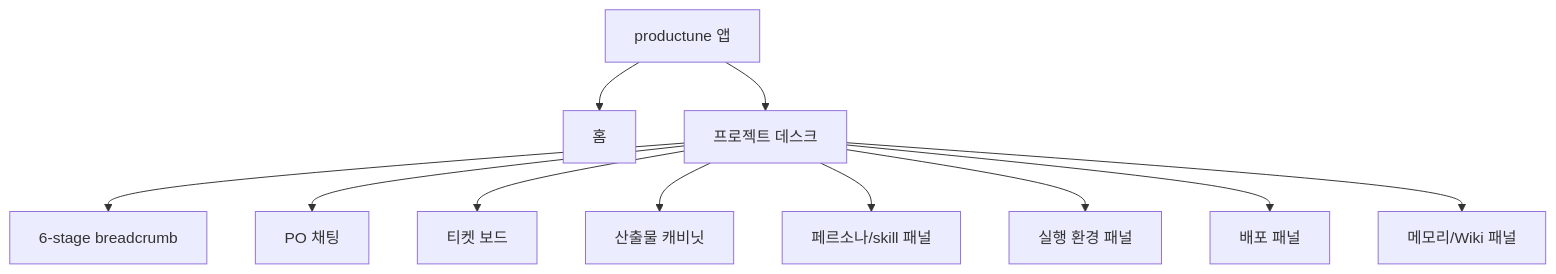
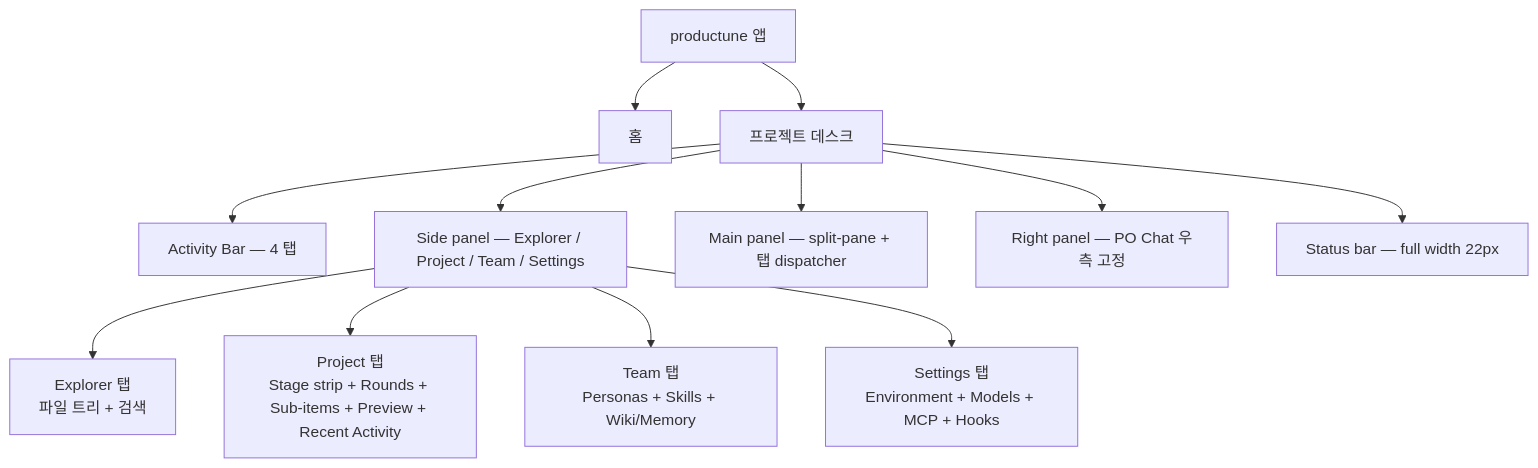
One commit to shawn-kim-axz/productune changed the fourth of 9 diagrams in docs/design/service-flow-and-screens.md. Above: the diagram before and after it, drawn with Mermaid. The commit also changed other lines of this file and 53 other files, not shown here.

````diff
--- a/docs/design/service-flow-and-screens.md
+++ b/docs/design/service-flow-and-screens.md
@@ -91,13 +92,14 @@
 ```mermaid
 flowchart TB
   App[productune 앱] --> Home[홈]
   App --> Desk[프로젝트 데스크]
-  Desk --> Stage[6-stage breadcrumb]
-  Desk --> Chat[PO 채팅]
-  Desk --> Board[티켓 보드]
-  Desk --> Cabinet[산출물 캐비닛]
-  Desk --> Persona[페르소나/skill 패널]
-  Desk --> Env[실행 환경 패널]
-  Desk --> Deploy[배포 패널]
-  Desk --> Memory[메모리/Wiki 패널]
+  Desk --> ActBar[Activity Bar — 4 탭]
+  Desk --> SidePanel[Side panel — Explorer / Project / Team / Settings]
+  Desk --> Main[Main panel — split-pane + 탭 dispatcher]
+  Desk --> POChat[Right panel — PO Chat 우측 고정]
+  Desk --> Status[Status bar — full width 22px]
+  SidePanel --> Explorer[Explorer 탭<br/>파일 트리 + 검색]
+  SidePanel --> Project[Project 탭<br/>Stage strip + Rounds + Sub-items + Preview + Recent Activity]
+  SidePanel --> Team[Team 탭<br/>Personas + Skills + Wiki/Memory]
+  SidePanel --> Settings[Settings 탭<br/>Environment + Models + MCP + Hooks]
 ```
````
